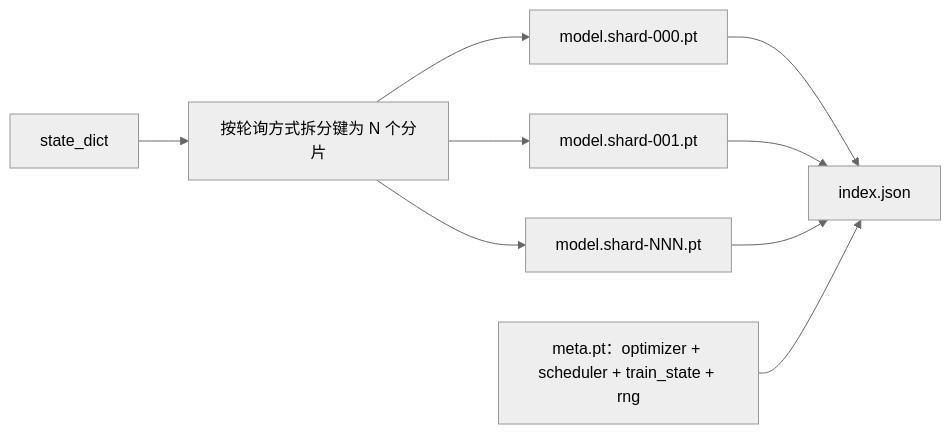
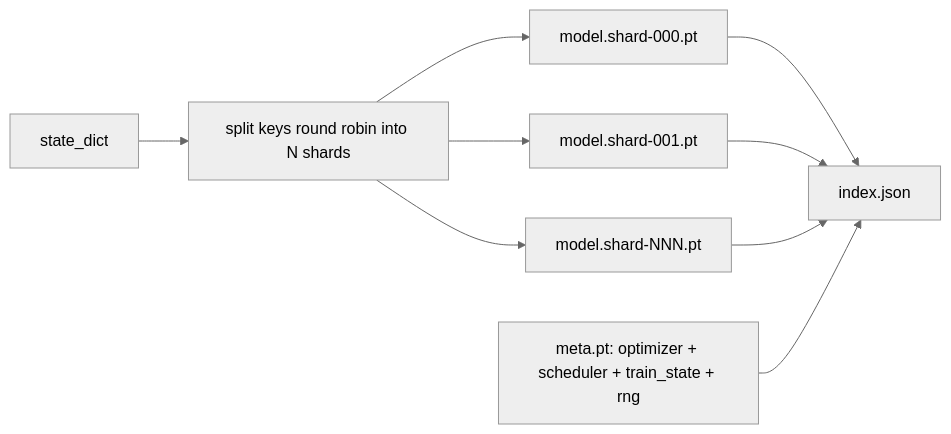
The third of 3 diagrams in i18n/zh/phases/19-capstone-projects/47-checkpoint-save-resume/docs/zh.md (xiaojiaenen/ai-engineering-from-scratch-zh), drawn with Mermaid (neutral theme) before and after one commit. The commit also changed other lines of this file and 85 other files, not shown here.

````diff
--- a/i18n/zh/phases/19-capstone-projects/47-checkpoint-save-resume/docs/zh.md
+++ b/i18n/zh/phases/19-capstone-projects/47-checkpoint-save-resume/docs/zh.md
@@ -65,11 +65,11 @@
 ```mermaid
 flowchart LR
-  state[state_dict] --> split[按轮询方式拆分键为 N 个分片]
+  state[state_dict] --> split[split keys round robin into N shards]
   split --> s0[model.shard-000.pt]
   split --> s1[model.shard-001.pt]
   split --> sN[model.shard-NNN.pt]
   s0 --> idx[index.json]
   s1 --> idx
   sN --> idx
-  meta[meta.pt：optimizer + scheduler + train_state + rng] --> idx
+  meta[meta.pt: optimizer + scheduler + train_state + rng] --> idx
 ```
````
